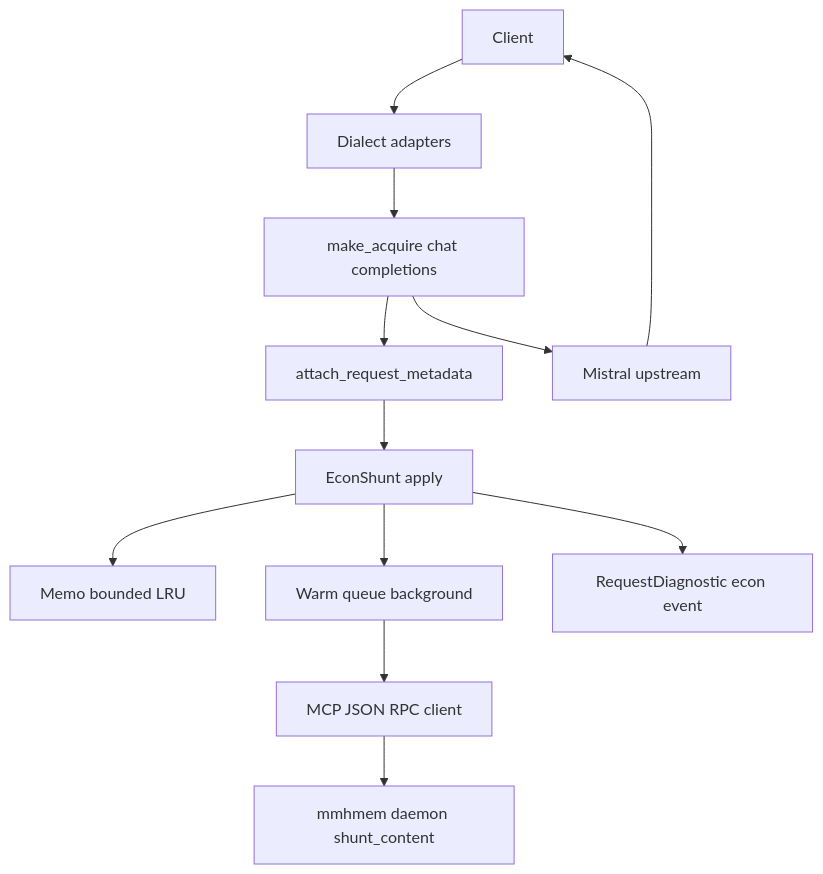
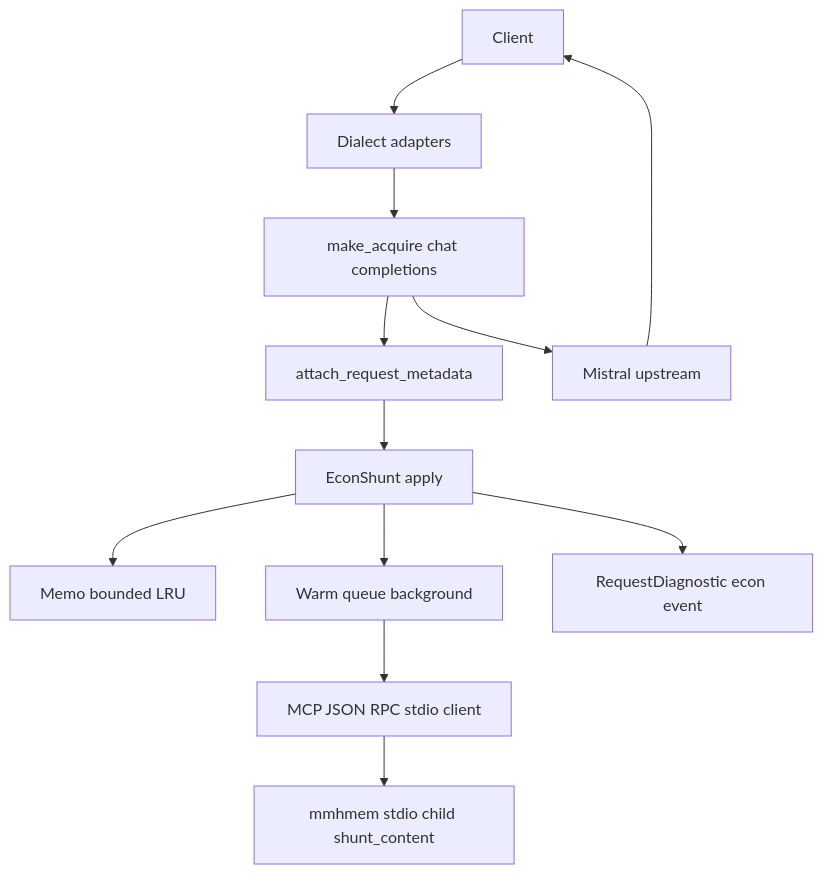
The first of 2 diagrams in .kiro/specs/proxy-econ-client/design.md (norandom/mvibe), drawn with Mermaid before and after one commit. The commit also changed other lines of this file and 4 other files, not shown here.

Commit message:
docs(proxy-econ-client): Amendment 1 - Docker-embedded mmhmem stdio child

````diff
--- a/.kiro/specs/proxy-econ-client/design.md
+++ b/.kiro/specs/proxy-econ-client/design.md
@@ -58,14 +58,14 @@
 ```mermaid
 graph TB
     Client --> Adapters[Dialect adapters]
     Adapters --> Acquire[make_acquire chat completions]
     Acquire --> Metadata[attach_request_metadata]
     Metadata --> Econ[EconShunt apply]
     Econ --> Memo[Memo bounded LRU]
     Econ --> Warm[Warm queue background]
-    Warm --> McpClient[MCP JSON RPC client]
-    McpClient --> Mmhmem[mmhmem daemon shunt_content]
+    Warm --> StdioMcpClient[MCP JSON RPC stdio client]
+    StdioMcpClient --> Mmhmem[mmhmem stdio child shunt_content]
     Econ --> Diag[RequestDiagnostic econ event]
     Acquire --> Upstream[Mistral upstream]
     Upstream --> Client
 ```
````
